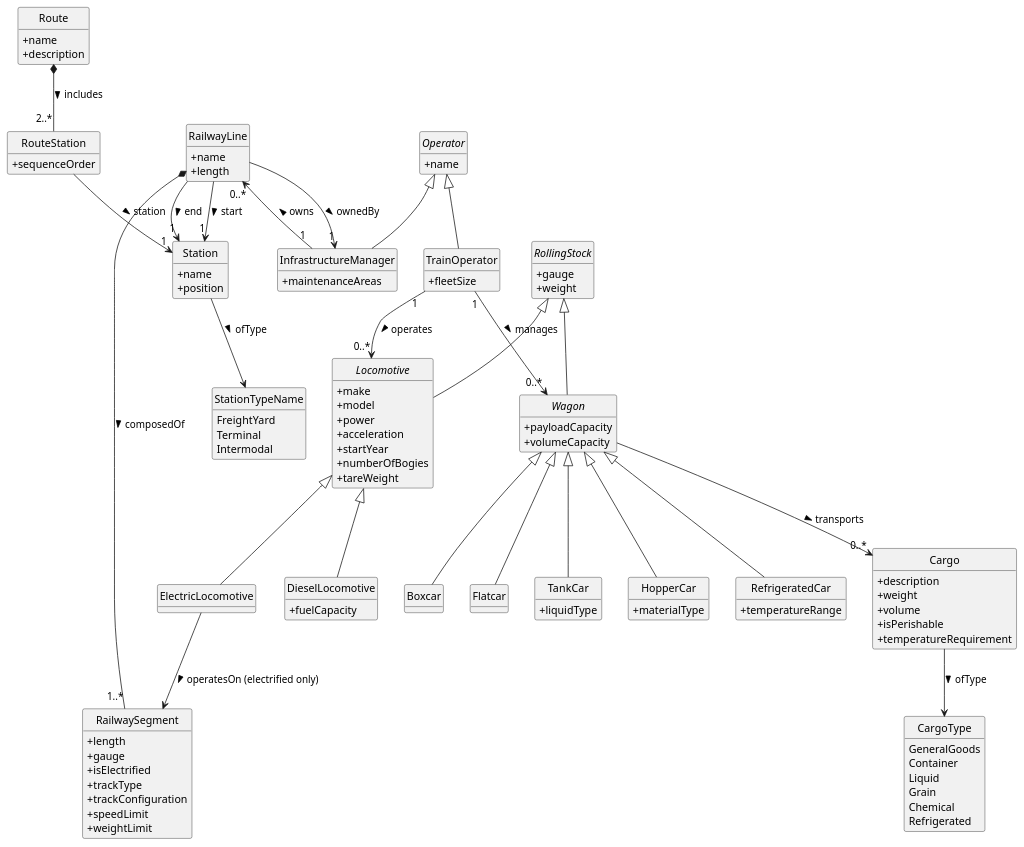
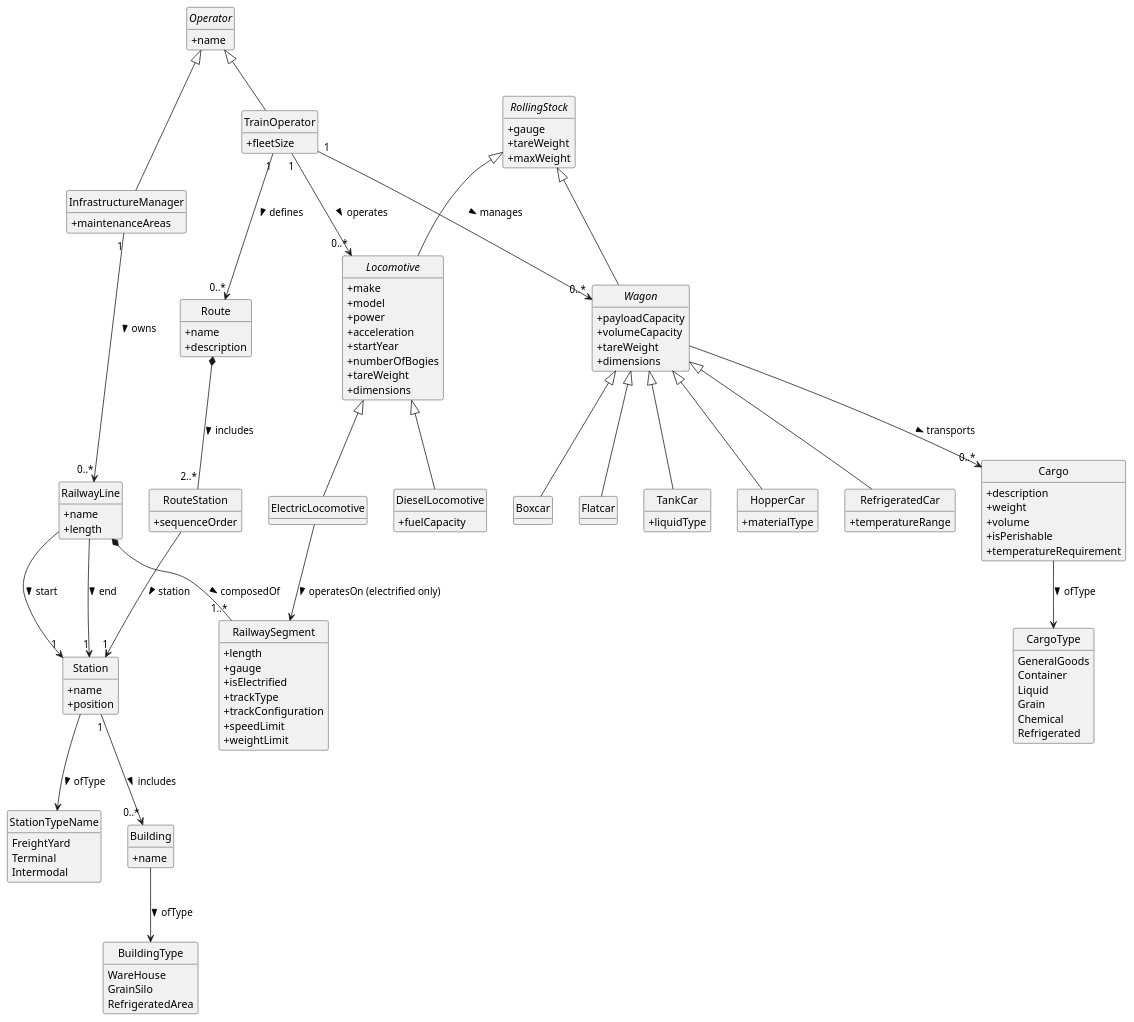
The diagram in definitive-structure/doc/global-artifacts/02.analysis/puml/domain-model.puml (goncalolopesp/sem3-pi-25-26-g093-repo), drawn with PlantUML before and after one commit. The commit also changed 1 other file, not shown here.

```diff
--- a/definitive-structure/doc/global-artifacts/02.analysis/puml/domain-model.puml
+++ b/definitive-structure/doc/global-artifacts/02.analysis/puml/domain-model.puml
@@ -1,133 +1,148 @@
 @startuml
 hide circle
 hide methods
 skinparam monochrome true
 skinparam classAttributeIconSize 0
 skinparam shadowing false
-
 
 class Station {
   +name
   +position
 }
 enum StationTypeName {
   FreightYard
   Terminal
   Intermodal
 }
 Station --> StationTypeName : ofType >
 
 class RailwayLine {
   +name
   +length
 }
 class RailwaySegment {
   +length
   +gauge
   +isElectrified
   +trackType
   +trackConfiguration
   +speedLimit
   +weightLimit
 }
 RailwayLine *-- "1..*" RailwaySegment : composedOf >
 RailwayLine --> "1" Station : start >
 RailwayLine --> "1" Station : end >
 
 
 abstract class Operator {
   +name
 }
 class InfrastructureManager {
   +maintenanceAreas
 }
 class TrainOperator {
   +fleetSize
 }
 Operator <|-- InfrastructureManager
 Operator <|-- TrainOperator
 
 InfrastructureManager "1" --> "0..*" RailwayLine : owns >
-RailwayLine --> "1" InfrastructureManager : ownedBy >
-
 
 abstract class RollingStock {
   +gauge
-  +weight
+  +tareWeight
+  +maxWeight
 }
 RollingStock <|-- Locomotive
 RollingStock <|-- Wagon
 
 abstract class Locomotive {
   +make
   +model
   +power
   +acceleration
   +startYear
   +numberOfBogies
   +tareWeight
+  +dimensions
 }
 class DieselLocomotive {
   +fuelCapacity
 }
 class ElectricLocomotive {
 
 }
 Locomotive <|-- DieselLocomotive
 Locomotive <|-- ElectricLocomotive
 ElectricLocomotive --> RailwaySegment : operatesOn (electrified only) >
 
 abstract class Wagon {
   +payloadCapacity
   +volumeCapacity
+  +tareWeight
+  +dimensions
 }
 class Boxcar {}
 class Flatcar {}
 class TankCar {
   +liquidType
 }
 class HopperCar {
   +materialType
 }
 class RefrigeratedCar {
   +temperatureRange
 }
 Wagon <|-- Boxcar
 Wagon <|-- Flatcar
 Wagon <|-- TankCar
 Wagon <|-- HopperCar
 Wagon <|-- RefrigeratedCar
 
 TrainOperator "1" --> "0..*" Locomotive : operates >
 TrainOperator "1" --> "0..*" Wagon : manages >
 
 
 class Cargo {
   +description
   +weight
   +volume
   +isPerishable
   +temperatureRequirement
 }
 enum CargoType {
   GeneralGoods
   Container
   Liquid
   Grain
   Chemical
   Refrigerated
 }
 Cargo --> CargoType : ofType >
 Wagon --> "0..*" Cargo : transports >
 
 class Route {
   +name
   +description
 }
 class RouteStation {
   +sequenceOrder
 }
 Route *-- "2..*" RouteStation : includes >
 RouteStation --> "1" Station : station >
 
+class Building{
+    +name
+}
+
+enum BuildingType{
+    WareHouse
+    GrainSilo
+    RefrigeratedArea
+}
+
+Building --> BuildingType : ofType >
+Station "1" --> "0..*" Building : includes >
+TrainOperator "1" --> "0..*" Route : defines >
+
 @enduml
```
